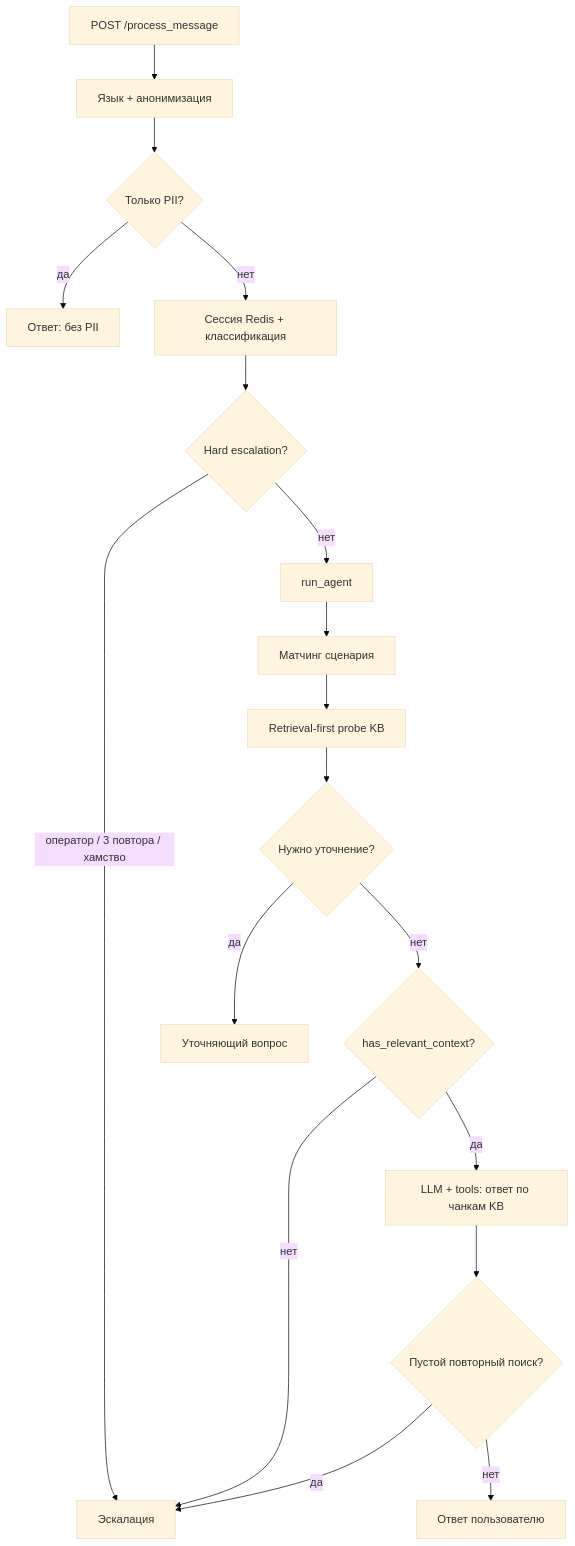
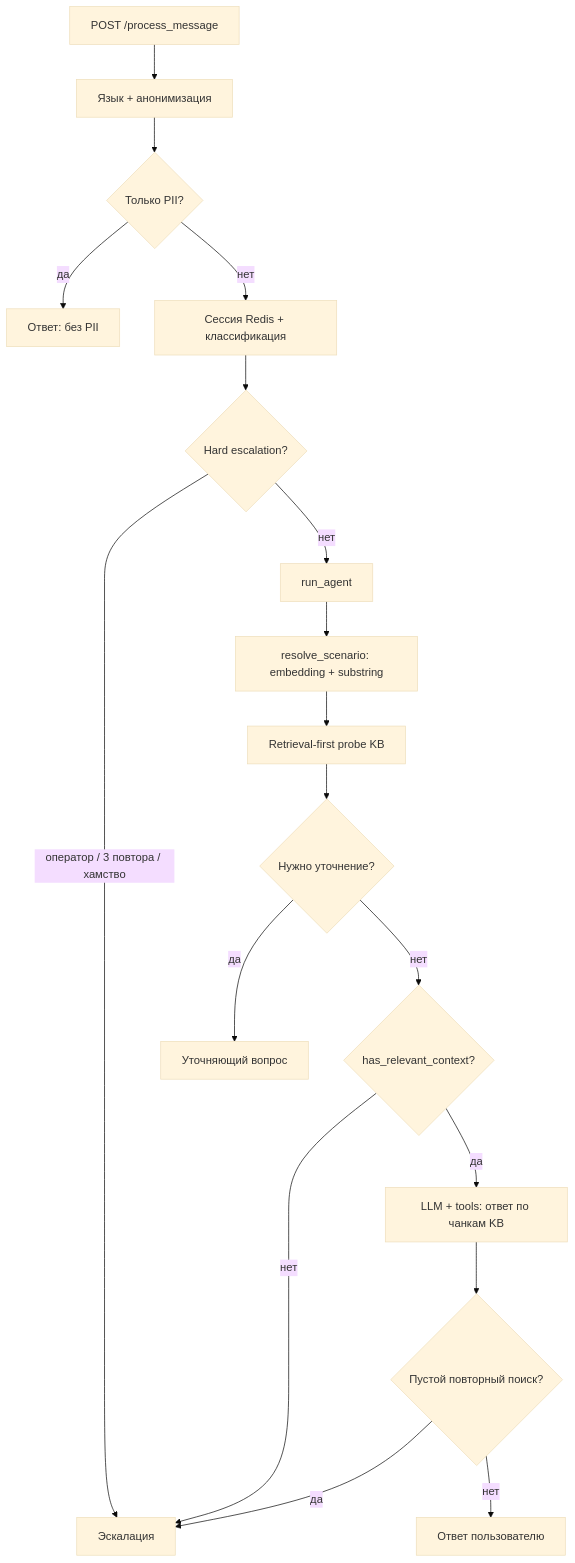
Before and after one commit to zislamkhojaev-dev/chatagent-master: the diagram in docs/AGENT_PIPELINE.md, drawn with Mermaid (base theme). The commit also changed other lines of this file and 5 other files, not shown here.

````diff
--- a/docs/AGENT_PIPELINE.md
+++ b/docs/AGENT_PIPELINE.md
@@ -14,20 +16,20 @@
 ```mermaid
 flowchart TD
     A[POST /process_message] --> B[Язык + анонимизация]
     B --> C{Только PII?}
     C -->|да| C1[Ответ: без PII]
     C -->|нет| D[Сессия Redis + классификация]
     D --> E{Hard escalation?}
     E -->|оператор / 3 повтора / хамство| F[Эскалация]
     E -->|нет| G[run_agent]
-    G --> H[Матчинг сценария]
+    G --> H[resolve_scenario: embedding + substring]
     H --> I[Retrieval-first probe KB]
     I --> J{Нужно уточнение?}
     J -->|да| K[Уточняющий вопрос]
     J -->|нет| L{has_relevant_context?}
     L -->|нет| F
     L -->|да| M[LLM + tools: ответ по чанкам KB]
     M --> N{Пустой повторный поиск?}
     N -->|да| F
     N -->|нет| O[Ответ пользователю]
 ```
````
